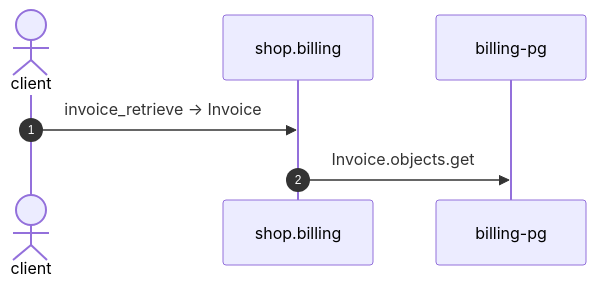
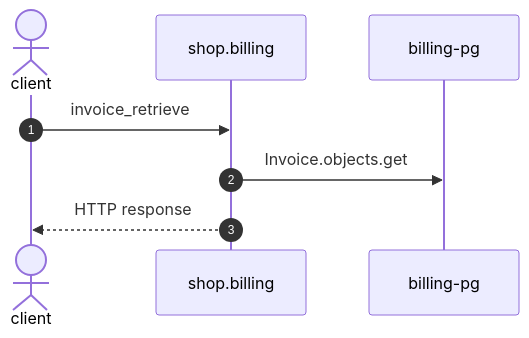
Before and after one commit to shortlink-org/portolan: the diagram in docs/example/flows/billing-invoice-retrieve.md, drawn with Mermaid. The commit also changed other lines of this file and 191 other files, not shown here.

````diff
--- a/docs/example/flows/billing-invoice-retrieve.md
+++ b/docs/example/flows/billing-invoice-retrieve.md
@@ -21,9 +23,10 @@
 ```mermaid
 sequenceDiagram
     autonumber
     actor p0 as client
     participant p1 as shop.billing
     participant p2 as billing-pg
-    p0->>p1: invoice_retrieve → Invoice
+    p0->>p1: invoice_retrieve
     p1->>p2: Invoice.objects.get
+    p1-->>p0: HTTP response
 ```
````
